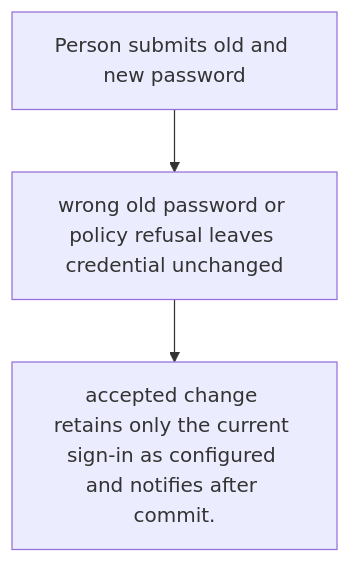
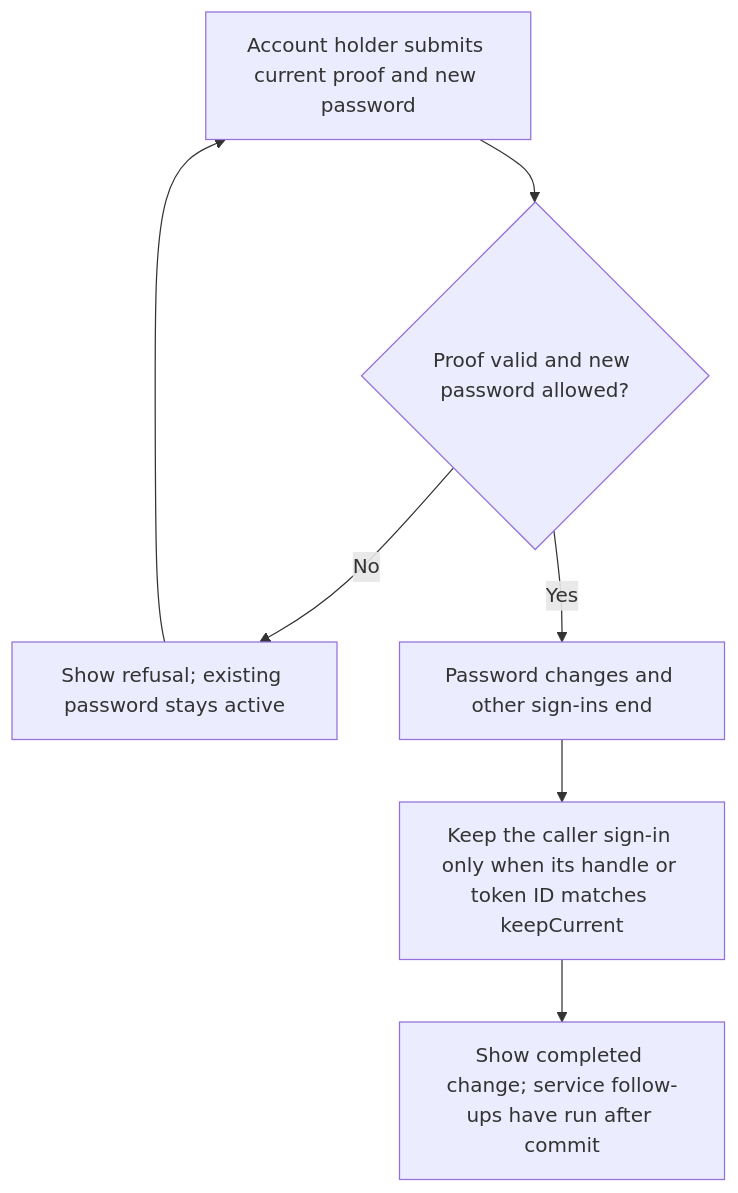
Before and after one commit to Kevinjohn/oss-adonisjs-account-kit: the first of 2 diagrams in user-stories/US-ACCOUNT-05-change-password.md, drawn with Mermaid. The commit also changed other lines of this file, not shown here.

Commit message:
docs: clarify password change contract

````diff
--- a/user-stories/US-ACCOUNT-05-change-password.md
+++ b/user-stories/US-ACCOUNT-05-change-password.md
@@ -20,8 +20,9 @@
 ```mermaid
 flowchart TD
-    U0["Person submits old and new password"]
-    U1["wrong old password or policy refusal leaves credential unchanged"]
-    U0 --> U1
-    U2["accepted change retains only the current sign-in as configured and notifies after commit."]
-    U1 --> U2
+    A["Account holder submits current proof and new password"] --> B{"Proof valid and new password allowed?"}
+    B -->|No| C["Show refusal; existing password stays active"]
+    C --> A
+    B -->|Yes| D["Password changes and other sign-ins end"]
+    D --> E["Keep the caller sign-in only when its handle or token ID matches keepCurrent"]
+    E --> F["Show completed change; service follow-ups have run after commit"]
 ```
````
